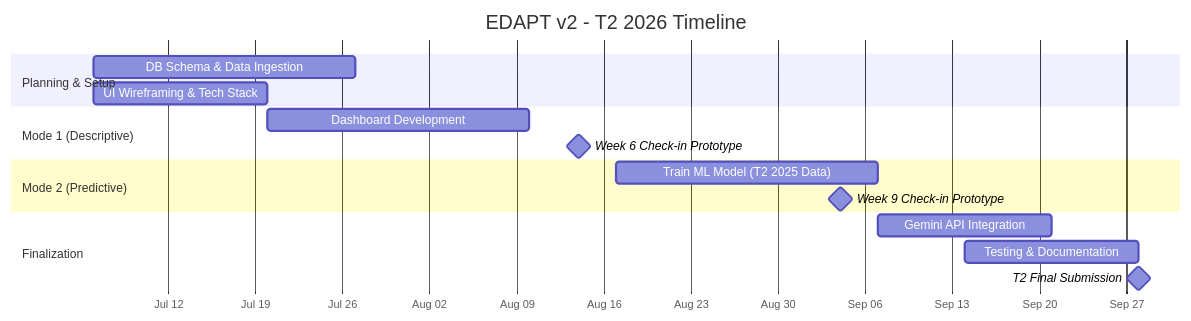
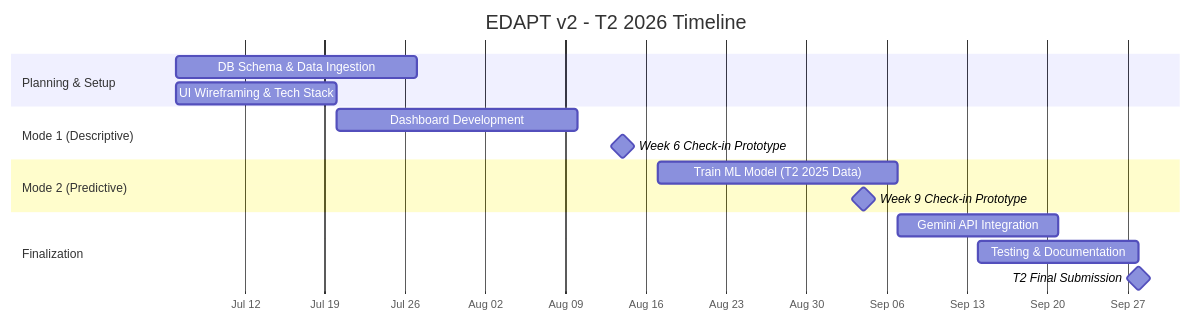
The first of 2 diagrams in README.md (KOI-Capstone-Project/EDAPTv2), drawn with Mermaid before and after one commit.

Commit message:
[GANTT]-Update the padding for t2

````diff
--- a/README.md
+++ b/README.md
@@ -6,23 +6,24 @@
 ```mermaid
+%%{init: {'gantt': {'leftPadding': 150}}}%%
 gantt
     title EDAPT v2 - T2 2026 Timeline
     dateFormat  YYYY-MM-DD
     axisFormat  %b %d
     
     section Planning & Setup
     DB Schema & Data Ingestion    :a1, 2026-07-06, 21d
     UI Wireframing & Tech Stack   :a2, 2026-07-06, 14d
     
     section Mode 1 (Descriptive)
     Dashboard Development         :a3, after a2, 21d
     Week 6 Check-in Prototype     :milestone, m1, 2026-08-14, 0d
     
     section Mode 2 (Predictive)
     Train ML Model (T2 2025 Data) :a4, 2026-08-17, 21d
     Week 9 Check-in Prototype     :milestone, m2, 2026-09-04, 0d
     
     section Finalization
     Gemini API Integration        :a5, 2026-09-07, 14d
     Testing & Documentation       :a6, 2026-09-14, 14d
     T2 Final Submission           :milestone, m3, 2026-09-28, 0d
 ```
````
